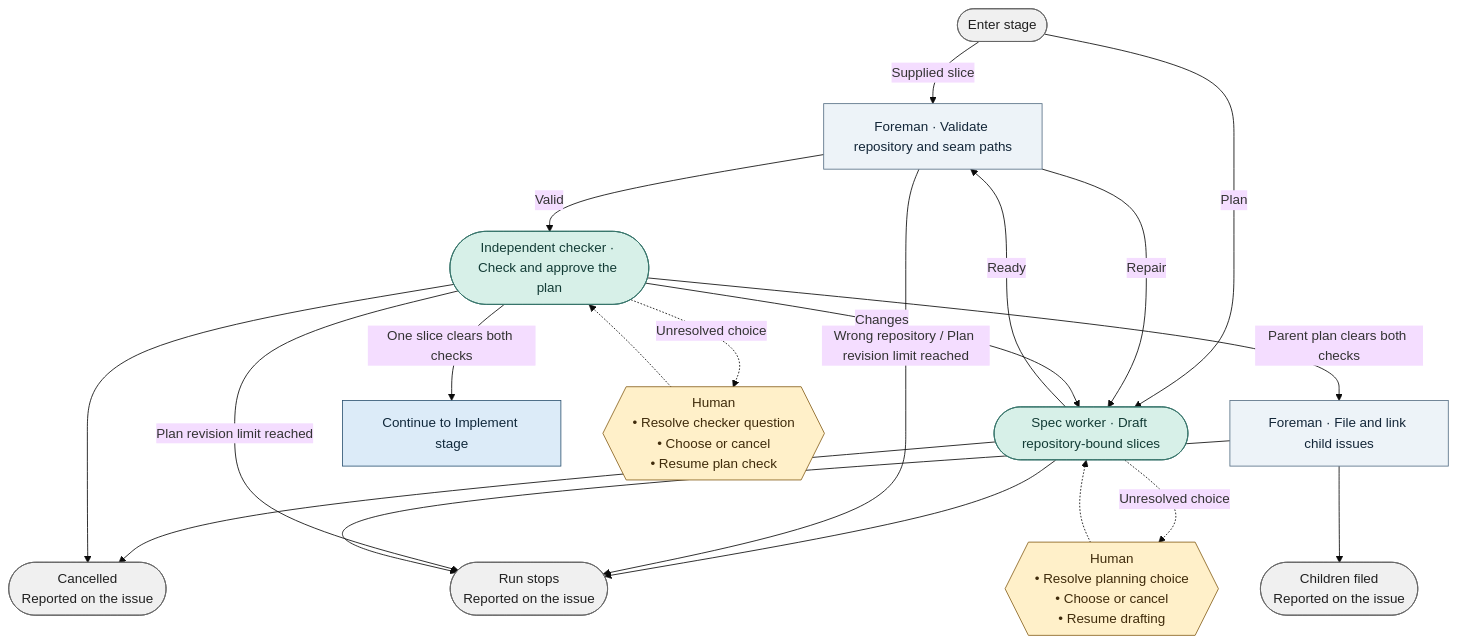
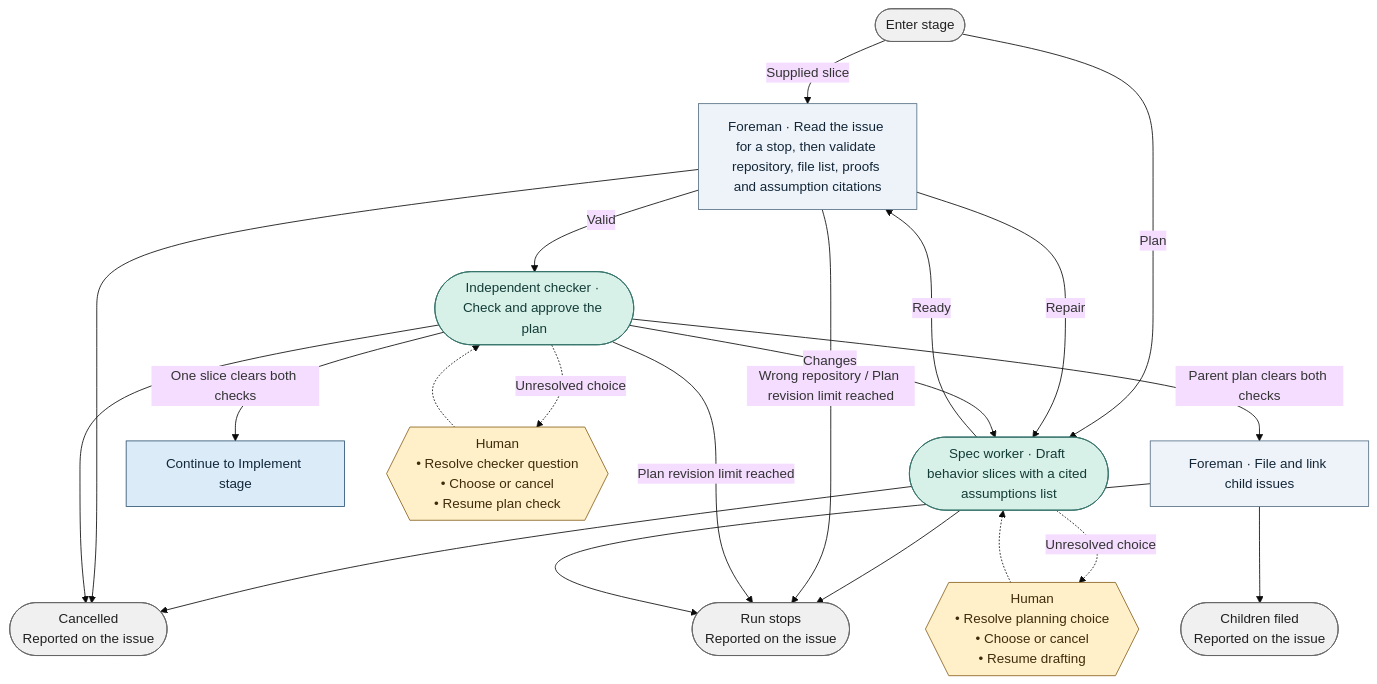
Before and after one commit to bookout-labs/tools: the diagram in docs/graph/blueprint/views/stages/spec.mmd, drawn with Mermaid (base theme). The commit also changed 49 other files, not shown here.

```diff
--- a/docs/graph/blueprint/views/stages/spec.mmd
+++ b/docs/graph/blueprint/views/stages/spec.mmd
@@ -1,36 +1,37 @@
 flowchart TD
     n0(["Enter stage"]):::terminal
-    n1(["Spec worker · Draft repository-bound slices"]):::worker
-    n2["Foreman · Validate repository and seam paths"]:::step
+    n1(["Spec worker · Draft behavior slices with a cited assumptions list"]):::worker
+    n2["Foreman · Read the issue for a stop, then validate repository, file list, proofs and assumption citations"]:::step
     n3(["Independent checker · Check and approve the plan"]):::worker
     n4["Foreman · File and link child issues"]:::step
     n5(["Cancelled<br/>Reported on the issue"]):::terminal
     n6(["Run stops<br/>Reported on the issue"]):::terminal
     n7["Continue to Implement stage"]:::stage
     n8(["Children filed<br/>Reported on the issue"]):::terminal
     n9{{"Human<br/>• Resolve planning choice<br/>• Choose or cancel<br/>• Resume drafting"}}:::gate
     n10{{"Human<br/>• Resolve checker question<br/>• Choose or cancel<br/>• Resume plan check"}}:::gate
     n0 -->|"Supplied slice"| n2
     n0 -->|"Plan"| n1
     n1 -->|"Ready"| n2
     n1 --> n5
     n1 --> n6
     n2 -->|"Wrong repository / Plan revision limit reached"| n6
+    n2 --> n5
     n2 -->|"Repair"| n1
     n2 -->|"Valid"| n3
     n3 -->|"Plan revision limit reached"| n6
     n3 -->|"Changes"| n1
     n3 --> n5
     n3 -->|"One slice clears both checks"| n7
     n3 -->|"Parent plan clears both checks"| n4
     n4 --> n8
     n4 --> n6
     n1 -.->|"Unresolved choice"| n9
     n9 -.-> n1
     n3 -.->|"Unresolved choice"| n10
     n10 -.-> n3
     classDef stage fill:#dcebf8,stroke:#315675,color:#10283b
     classDef step fill:#edf3f8,stroke:#597187,color:#132638
     classDef worker fill:#d7f0e8,stroke:#357369,color:#133c36
     classDef gate fill:#fff0c9,stroke:#89641f,color:#3f2b0b
     classDef terminal fill:#f0f0f0,stroke:#666666,color:#202020
```
